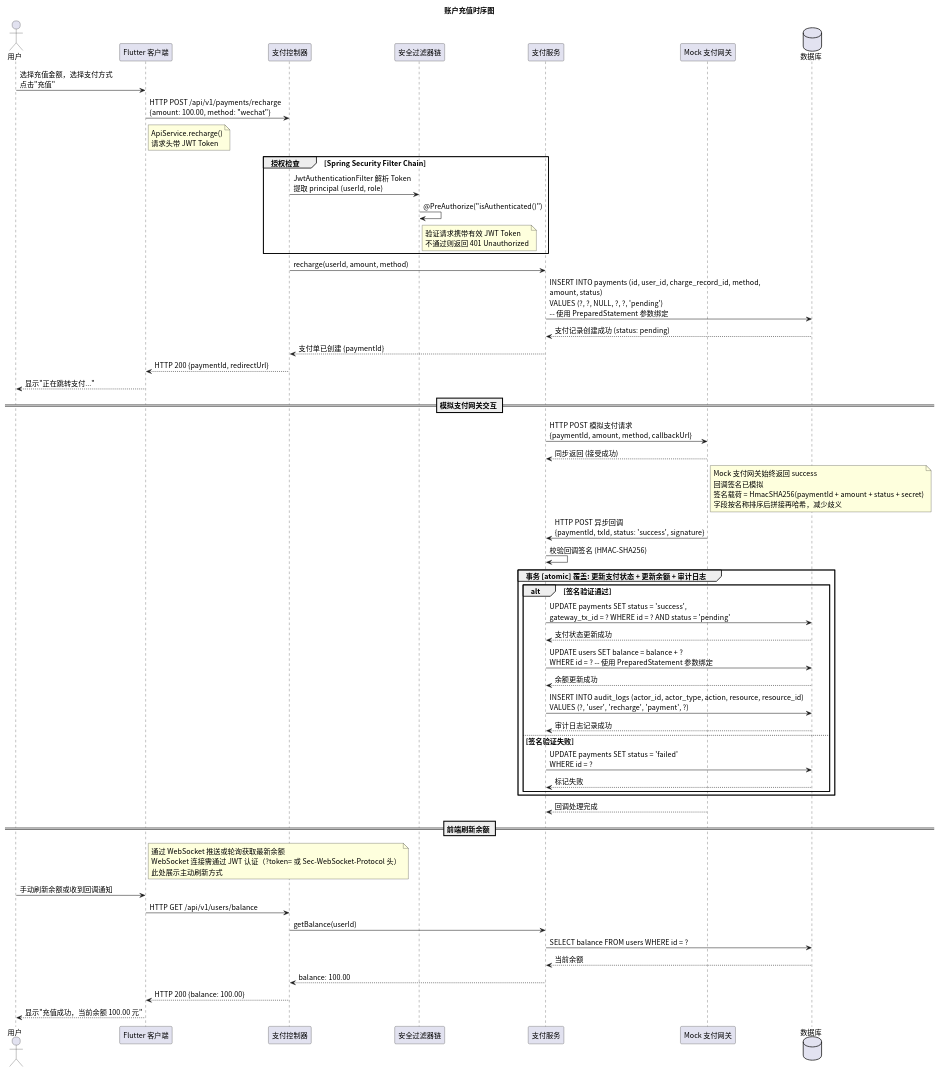
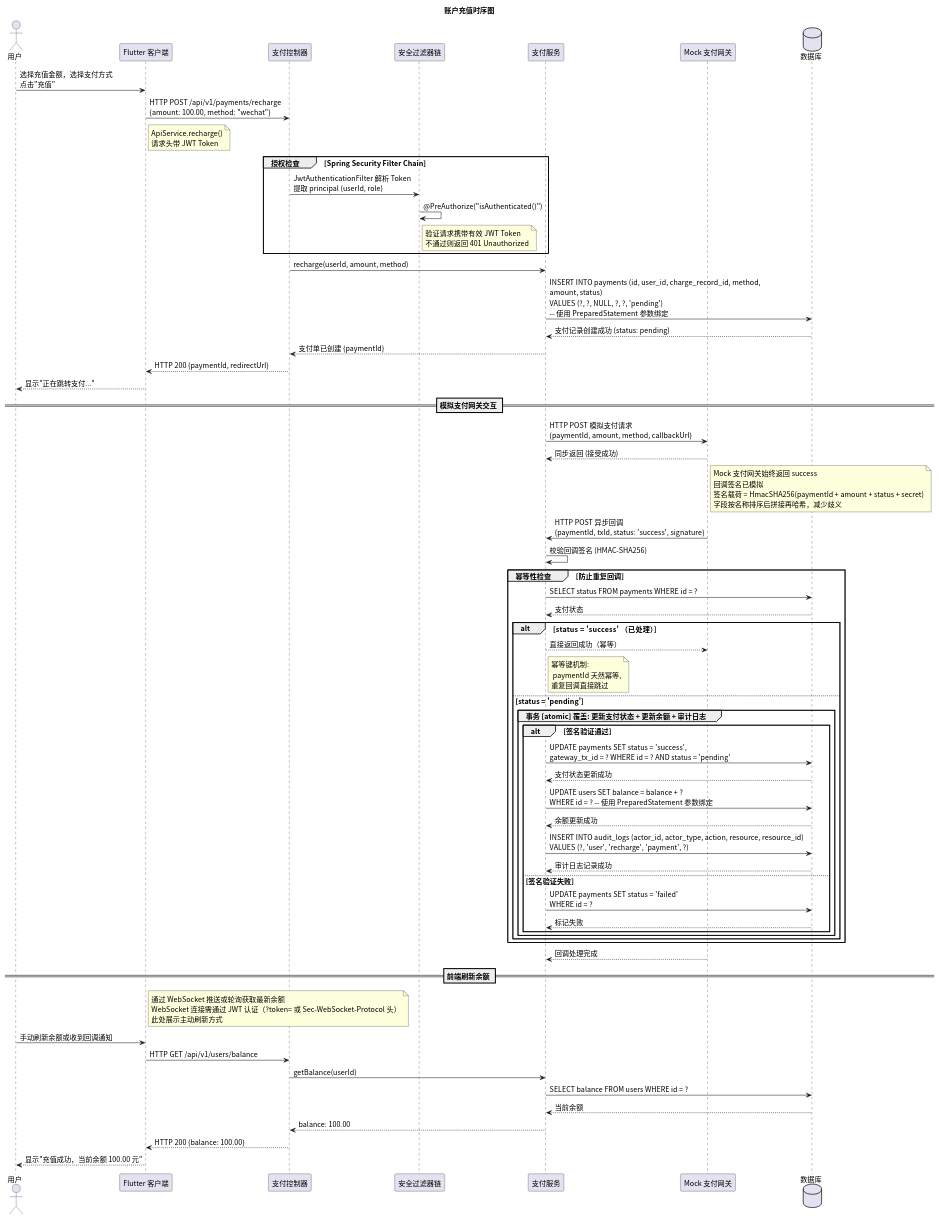
Before and after one commit to greenhandzdl/charging-station-doc: the diagram in time/src/sequence_recharge.puml, drawn with PlantUML. The commit also changed 33 other files, not shown here.

First line of the commit message:
fix: 全量评估修复 — 授权加固、欠费冻结、幂等性、跨图一致性修复

```diff
--- a/time/src/sequence_recharge.puml
+++ b/time/src/sequence_recharge.puml
@@ -1,74 +1,84 @@
 @startuml
 skinparam defaultFontName "Noto Sans CJK SC"
 skinparam defaultFontSize 14
 title 账户充值时序图
 
 ' 所有 SQL 操作使用 PreparedStatement 参数绑定，禁止字符串拼接
 actor 用户 as U
 participant "Flutter 客户端" as FE
 participant "支付控制器" as Ctrl
 participant "安全过滤器链" as Security
 participant "支付服务" as PS
 participant "Mock 支付网关" as Gateway
 database 数据库 as DB
 
 U -> FE: 选择充值金额，选择支付方式\n点击"充值"
 FE -> Ctrl: HTTP POST /api/v1/payments/recharge\n{amount: 100.00, method: "wechat"}
 note right FE : ApiService.recharge()\n请求头带 JWT Token
 
 group 授权检查 [Spring Security Filter Chain]
   Ctrl -> Security: JwtAuthenticationFilter 解析 Token\n提取 principal (userId, role)
 
   Security -> Security: @PreAuthorize("isAuthenticated()")
   note right Security : 验证请求携带有效 JWT Token\n不通过则返回 401 Unauthorized
 end
 
 Ctrl -> PS: recharge(userId, amount, method)
 
 PS -> DB: INSERT INTO payments (id, user_id, charge_record_id, method,\namount, status)\nVALUES (?, ?, NULL, ?, ?, 'pending')\n-- 使用 PreparedStatement 参数绑定
 DB --> PS: 支付记录创建成功 (status: pending)
 
 PS --> Ctrl: 支付单已创建 {paymentId}
 Ctrl --> FE: HTTP 200 {paymentId, redirectUrl}
 FE --> U: 显示"正在跳转支付..."
 
 == 模拟支付网关交互 ==
 PS -> Gateway: HTTP POST 模拟支付请求\n{paymentId, amount, method, callbackUrl}
 Gateway --> PS: 同步返回 (接受成功)
 
 note right Gateway : Mock 支付网关始终返回 success\n回调签名已模拟\n签名载荷 = HmacSHA256(paymentId + amount + status + secret)\n字段按名称排序后拼接再哈希，减少歧义
 
 Gateway -> PS: HTTP POST 异步回调\n{paymentId, txId, status: 'success', signature}
 
 PS -> PS: 校验回调签名 (HMAC-SHA256)
 
-group 事务 [atomic] 覆盖: 更新支付状态 + 更新余额 + 审计日志
-  alt 签名验证通过
-    PS -> DB: UPDATE payments SET status = 'success',\ngateway_tx_id = ? WHERE id = ? AND status = 'pending'
-    DB --> PS: 支付状态更新成功
+group 幂等性检查 [防止重复回调]
+    PS -> DB: SELECT status FROM payments WHERE id = ?
+    DB --> PS: 支付状态
 
-    PS -> DB: UPDATE users SET balance = balance + ?\nWHERE id = ? -- 使用 PreparedStatement 参数绑定
-    DB --> PS: 余额更新成功
+    alt status = 'success' （已处理）
+      PS --> Gateway: 直接返回成功（幂等）
+      note right PS : 幂等键机制:\n paymentId 天然幂等,\n重复回调直接跳过
+    else status = 'pending'
+      group 事务 [atomic] 覆盖: 更新支付状态 + 更新余额 + 审计日志
+        alt 签名验证通过
+          PS -> DB: UPDATE payments SET status = 'success',\ngateway_tx_id = ? WHERE id = ? AND status = 'pending'
+          DB --> PS: 支付状态更新成功
 
-    PS -> DB: INSERT INTO audit_logs (actor_id, actor_type, action, resource, resource_id)\nVALUES (?, 'user', 'recharge', 'payment', ?)
-    DB --> PS: 审计日志记录成功
-  else 签名验证失败
-    PS -> DB: UPDATE payments SET status = 'failed'\nWHERE id = ?
-    DB --> PS: 标记失败
-  end
+          PS -> DB: UPDATE users SET balance = balance + ?\nWHERE id = ? -- 使用 PreparedStatement 参数绑定
+          DB --> PS: 余额更新成功
+
+          PS -> DB: INSERT INTO audit_logs (actor_id, actor_type, action, resource, resource_id)\nVALUES (?, 'user', 'recharge', 'payment', ?)
+          DB --> PS: 审计日志记录成功
+        else 签名验证失败
+          PS -> DB: UPDATE payments SET status = 'failed'\nWHERE id = ?
+          DB --> PS: 标记失败
+        end
+      end
+    end
 end
 
 Gateway --> PS: 回调处理完成
 
 == 前端刷新余额 ==
 note right FE : 通过 WebSocket 推送或轮询获取最新余额\nWebSocket 连接需通过 JWT 认证（?token= 或 Sec-WebSocket-Protocol 头）\n此处展示主动刷新方式
 
 U -> FE: 手动刷新余额或收到回调通知
 FE -> Ctrl: HTTP GET /api/v1/users/balance
 Ctrl -> PS: getBalance(userId)
 PS -> DB: SELECT balance FROM users WHERE id = ?
 DB --> PS: 当前余额
 PS --> Ctrl: balance: 100.00
 Ctrl --> FE: HTTP 200 {balance: 100.00}
 FE --> U: 显示"充值成功，当前余额 100.00 元"
 @enduml
```
